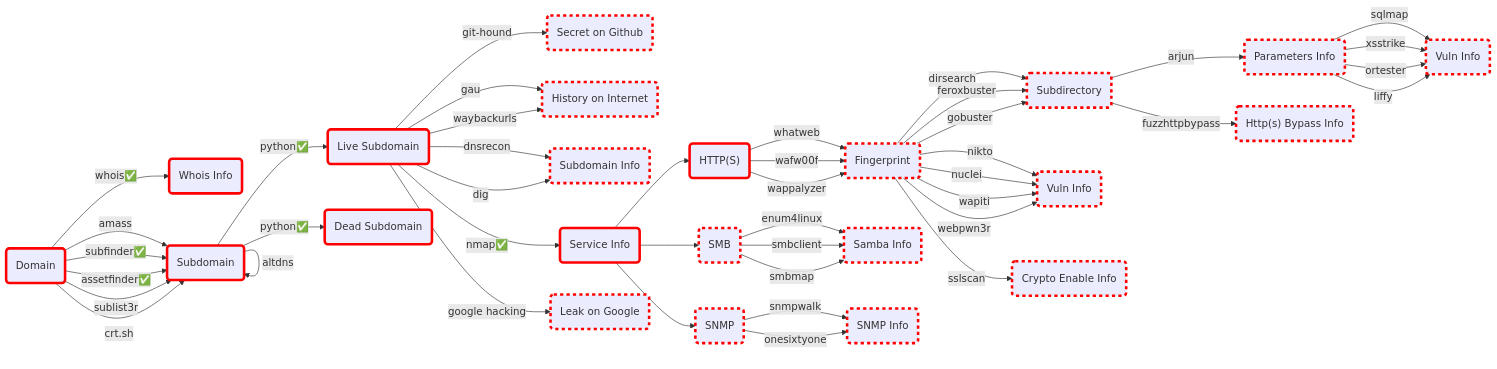
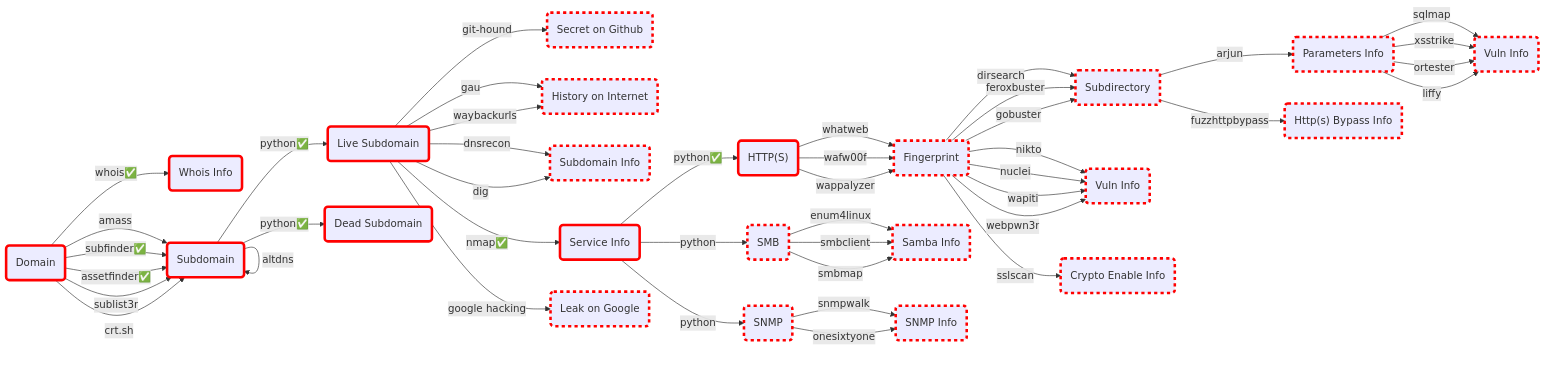
One commit to astroicers/recon-pocket changed the first of 2 diagrams in README.md. Above: the diagram before and after it, drawn with Mermaid.

````diff
--- a/README.md
+++ b/README.md
@@ -9,65 +9,65 @@
 ```mermaid
 graph LR
   style A  stroke:red,stroke-width:4px
   style B1 stroke:red,stroke-width:4px
   style B2 stroke:red,stroke-width:4px
   style C1 stroke:red,stroke-width:4px
   style C2 stroke:red,stroke-width:4px
   style C3 stroke:red,stroke-width:4px,stroke-dasharray: 5 5
   style C4 stroke:red,stroke-width:4px,stroke-dasharray: 5 5
   style D1 stroke:red,stroke-width:4px,stroke-dasharray: 5 5
   style D2 stroke:red,stroke-width:4px
   style D3 stroke:red,stroke-width:4px,stroke-dasharray: 5 5
   style E1 stroke:red,stroke-width:4px
   style E2 stroke:red,stroke-width:4px,stroke-dasharray: 5 5
   style E3 stroke:red,stroke-width:4px,stroke-dasharray: 5 5
   style F1 stroke:red,stroke-width:4px,stroke-dasharray: 5 5
   style F2 stroke:red,stroke-width:4px,stroke-dasharray: 5 5
   style F3 stroke:red,stroke-width:4px,stroke-dasharray: 5 5
   style G1 stroke:red,stroke-width:4px,stroke-dasharray: 5 5
   style G2 stroke:red,stroke-width:4px,stroke-dasharray: 5 5
   style G3 stroke:red,stroke-width:4px,stroke-dasharray: 5 5
   style H1 stroke:red,stroke-width:4px,stroke-dasharray: 5 5
   style H2 stroke:red,stroke-width:4px,stroke-dasharray: 5 5
   style I1 stroke:red,stroke-width:4px,stroke-dasharray: 5 5
   A(Domain) -->|"whois✅"|B1(Whois Info)
   A(Domain) -->|"amass"|B2(Subdomain)
   A(Domain) -->|"subfinder✅"|B2(Subdomain)
   A(Domain) -->|"assetfinder✅"|B2(Subdomain)
   A(Domain) -->|"sublist3r"|B2(Subdomain)
   A(Domain) -->|"crt.sh"|B2(Subdomain)
   B2(Subdomain) -->|"altdns"|B2(Subdomain)
   B2(Subdomain) -->|"python✅"|C1(Live Subdomain) & C2(Dead Subdomain)
   C1(Live Subdomain) -->|"git-hound"|C3(Secret on Github)
   C1(Live Subdomain) -->|"gau"|C4(History on Internet)
   C1(Live Subdomain) -->|"waybackurls"|C4(History on Internet)
   C1(Live Subdomain) -->|"dnsrecon"|D1(Subdomain Info)
   C1(Live Subdomain) -->|"dig"|D1(Subdomain Info)
   C1(Live Subdomain) -->|"nmap✅"|D2(Service Info)
   C1(Live Subdomain) -->|"google hacking"|D3(Leak on Google)
-  D2(Service Info) --> E1("HTTP(S)")
-  D2(Service Info) --> E2(SMB)
-  D2(Service Info) --> E3(SNMP)
+  D2(Service Info) -->|"python✅"|E1("HTTP(S)")
+  D2(Service Info) -->|"python"|E2(SMB)
+  D2(Service Info) -->|"python"|E3(SNMP)
   E1("HTTP(S)") -->|"whatweb"|F1(Fingerprint)
   E1("HTTP(S)") -->|"wafw00f"|F1(Fingerprint)
   E1("HTTP(S)") -->|"wappalyzer"|F1(Fingerprint)
   E2(SMB) -->|"enum4linux"|F2(Samba Info)
   E2(SMB) -->|"smbclient"|F2(Samba Info)
   E2(SMB) -->|"smbmap"|F2(Samba Info)
   E3(SNMP) -->|"snmpwalk"|F3(SNMP Info)
   E3(SNMP) -->|"onesixtyone"|F3(SNMP Info)
   F1(Fingerprint) -->|"dirsearch"|G1(Subdirectory)
   F1(Fingerprint) -->|"feroxbuster"|G1(Subdirectory)
   F1(Fingerprint) -->|"gobuster"|G1(Subdirectory)
   F1(Fingerprint) -->|"nikto"|G2(Vuln Info)
   F1(Fingerprint) -->|"nuclei"|G2(Vuln Info)
   F1(Fingerprint) -->|"wapiti"|G2(Vuln Info)
   F1(Fingerprint) -->|"webpwn3r"|G2(Vuln Info)
   F1(Fingerprint) -->|"sslscan"|G3(Crypto Enable Info)
   G1(Subdirectory) -->|"arjun"|H1(Parameters Info)
   G1(Subdirectory) -->|"fuzzhttpbypass"|H2("Http(s) Bypass Info")
   H1(Parameters Info) -->|"sqlmap"|I1(Vuln Info)
   H1(Parameters Info) -->|"xsstrike"|I1(Vuln Info)
   H1(Parameters Info) -->|"ortester"|I1(Vuln Info)
   H1(Parameters Info) -->|"liffy"|I1(Vuln Info)
 ```
````
